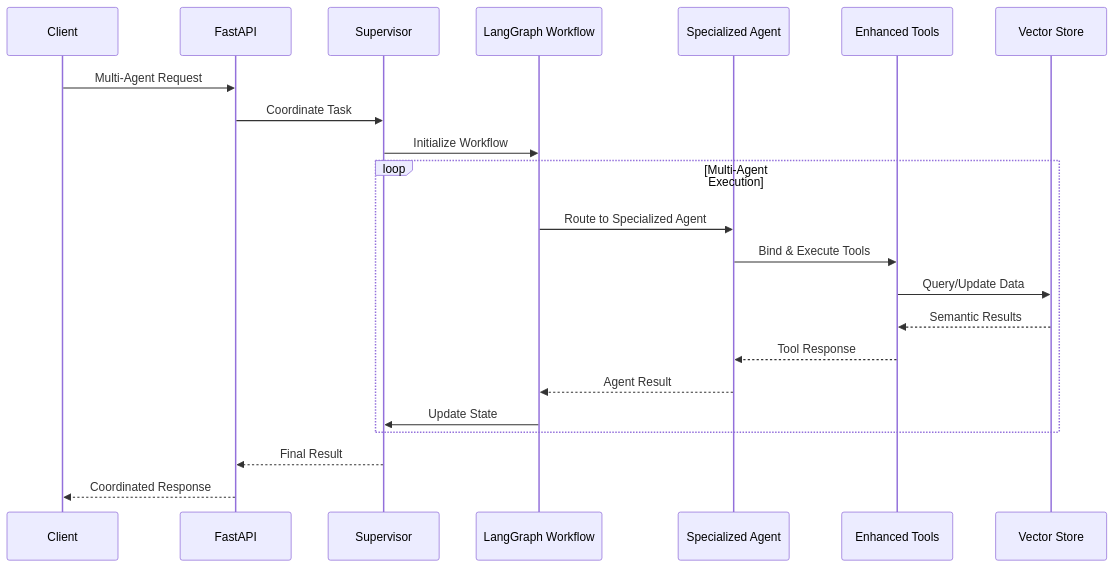
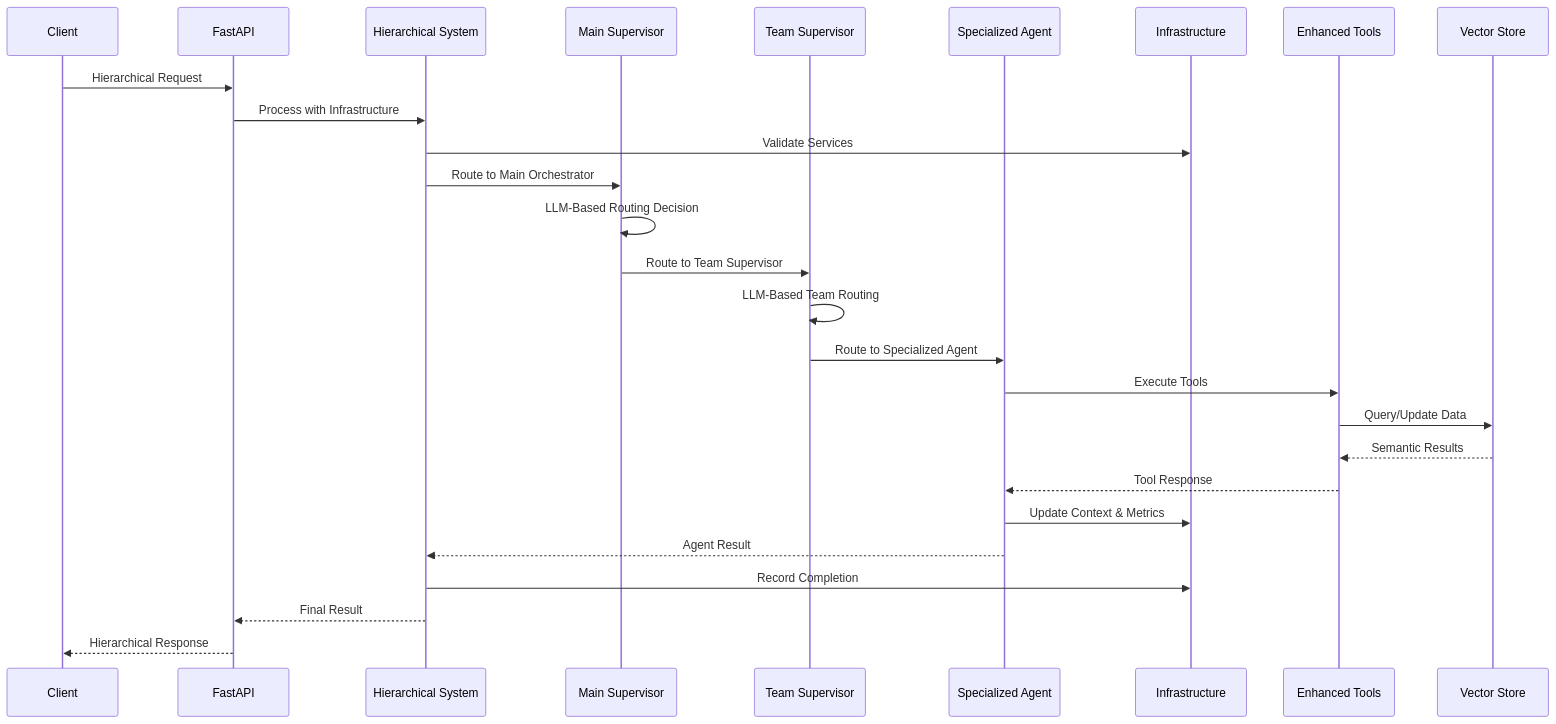
The third of 5 diagrams in ARCHITECTURE.md (thependalorian/code_hero), drawn with Mermaid before and after one commit. The commit also changed other lines of this file and 108 other files, not shown here.

````diff
--- a/ARCHITECTURE.md
+++ b/ARCHITECTURE.md
@@ -89,27 +181,35 @@
 ```mermaid
 sequenceDiagram
     participant C as Client
     participant API as FastAPI
-    participant S as Supervisor
-    participant WF as LangGraph Workflow
+    participant HS as Hierarchical System
+    participant MS as Main Supervisor
+    participant TS as Team Supervisor
     participant AG as Specialized Agent
+    participant INF as Infrastructure
     participant T as Enhanced Tools
     participant V as Vector Store
     
-    C->>API: Multi-Agent Request
-    API->>S: Coordinate Task
-    S->>WF: Initialize Workflow
+    C->>API: Hierarchical Request
+    API->>HS: Process with Infrastructure
+    HS->>INF: Validate Services
+    HS->>MS: Route to Main Orchestrator
     
-    loop Multi-Agent Execution
-        WF->>AG: Route to Specialized Agent
-        AG->>T: Bind & Execute Tools
-        T->>V: Query/Update Data
-        V-->>T: Semantic Results
-        T-->>AG: Tool Response
-        AG-->>WF: Agent Result
-        WF->>S: Update State
-    end
+    MS->>MS: LLM-Based Routing Decision
+    MS->>TS: Route to Team Supervisor
     
-    S-->>API: Final Result
-    API-->>C: Coordinated Response
+    TS->>TS: LLM-Based Team Routing
+    TS->>AG: Route to Specialized Agent
+    
+    AG->>T: Execute Tools
+    T->>V: Query/Update Data
+    V-->>T: Semantic Results
+    T-->>AG: Tool Response
+    
+    AG->>INF: Update Context & Metrics
+    AG-->>HS: Agent Result
+    
+    HS->>INF: Record Completion
+    HS-->>API: Final Result
+    API-->>C: Hierarchical Response
 ```
````
